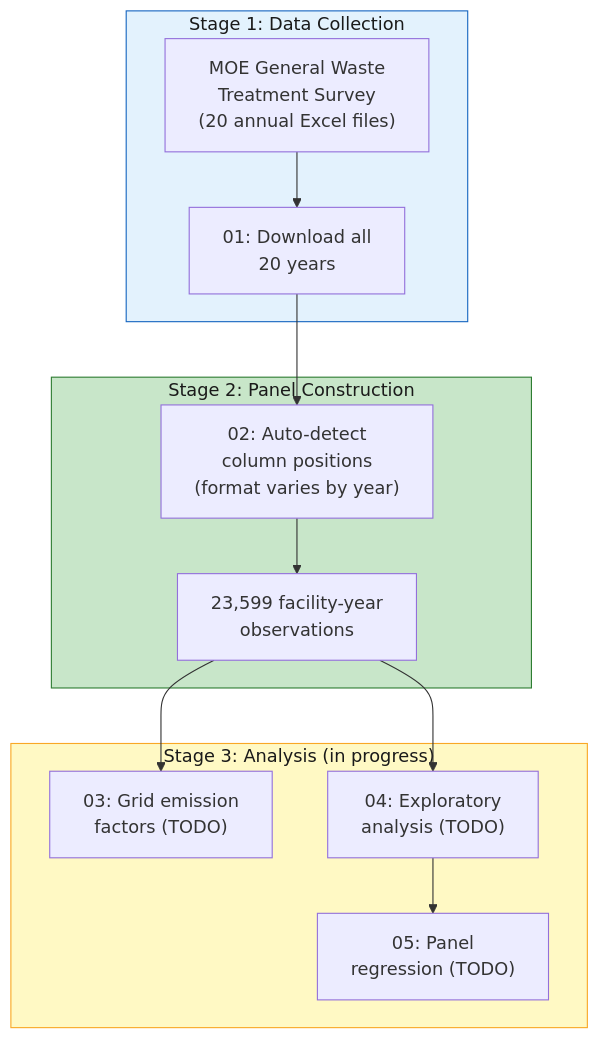
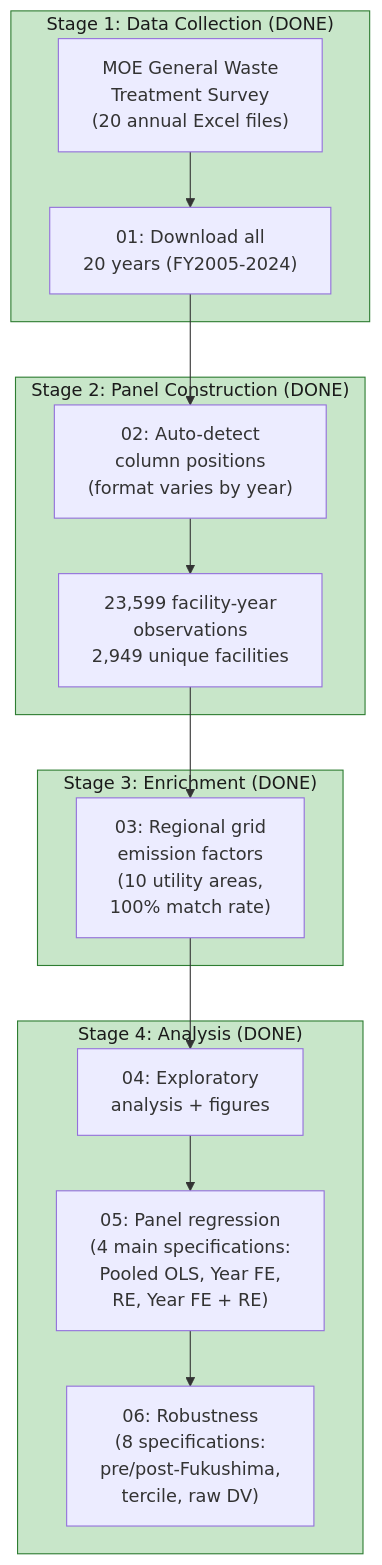
The second of 3 diagrams in README.md (Pann13223029/incineration-paper), drawn with Mermaid before and after one commit. The commit also changed other lines of this file and 3 other files, not shown here.

````diff
--- a/README.md
+++ b/README.md
@@ -45,22 +53,27 @@
 ```mermaid
 flowchart TD
-    subgraph Download["Stage 1: Data Collection"]
+    subgraph Download["Stage 1: Data Collection (DONE)"]
         A["MOE General Waste<br/>Treatment Survey<br/>(20 annual Excel files)"]
-        A --> B["01: Download all<br/>20 years"]
+        A --> B["01: Download all<br/>20 years (FY2005-2024)"]
     end
-    
-    subgraph Parse["Stage 2: Panel Construction"]
+
+    subgraph Parse["Stage 2: Panel Construction (DONE)"]
         B --> C["02: Auto-detect<br/>column positions<br/>(format varies by year)"]
-        C --> D["23,599 facility-year<br/>observations"]
+        C --> D["23,599 facility-year<br/>observations<br/>2,949 unique facilities"]
     end
-    
-    subgraph Analyze["Stage 3: Analysis (in progress)"]
-        D --> E["03: Grid emission<br/>factors (TODO)"]
-        D --> F["04: Exploratory<br/>analysis (TODO)"]
-        F --> G["05: Panel<br/>regression (TODO)"]
+
+    subgraph Enrich["Stage 3: Enrichment (DONE)"]
+        D --> E["03: Regional grid<br/>emission factors<br/>(10 utility areas,<br/>100% match rate)"]
     end
-    
-    style Download fill:#e3f2fd,stroke:#1565c0,color:#1a1a1a
+
+    subgraph Analyze["Stage 4: Analysis (DONE)"]
+        E --> F["04: Exploratory<br/>analysis + figures"]
+        F --> G["05: Panel regression<br/>(4 main specifications:<br/>Pooled OLS, Year FE,<br/>RE, Year FE + RE)"]
+        G --> H["06: Robustness<br/>(8 specifications:<br/>pre/post-Fukushima,<br/>tercile, raw DV)"]
+    end
+
+    style Download fill:#c8e6c9,stroke:#2e7d32,color:#1a1a1a
     style Parse fill:#c8e6c9,stroke:#2e7d32,color:#1a1a1a
-    style Analyze fill:#fff9c4,stroke:#f9a825,color:#1a1a1a
+    style Enrich fill:#c8e6c9,stroke:#2e7d32,color:#1a1a1a
+    style Analyze fill:#c8e6c9,stroke:#2e7d32,color:#1a1a1a
 ```
````
